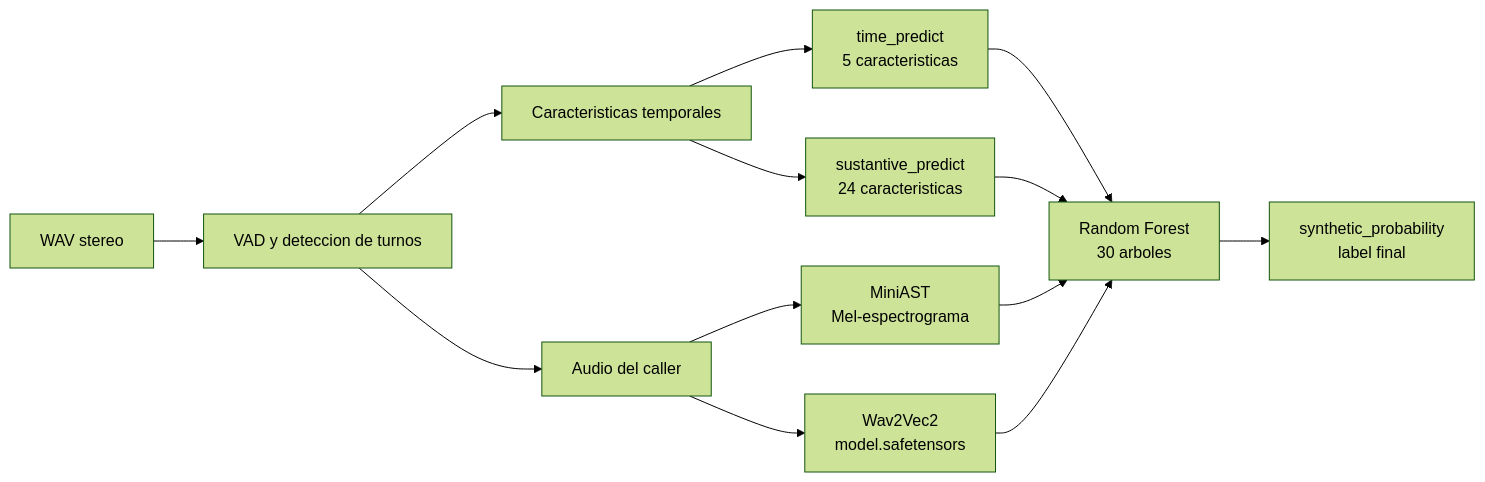
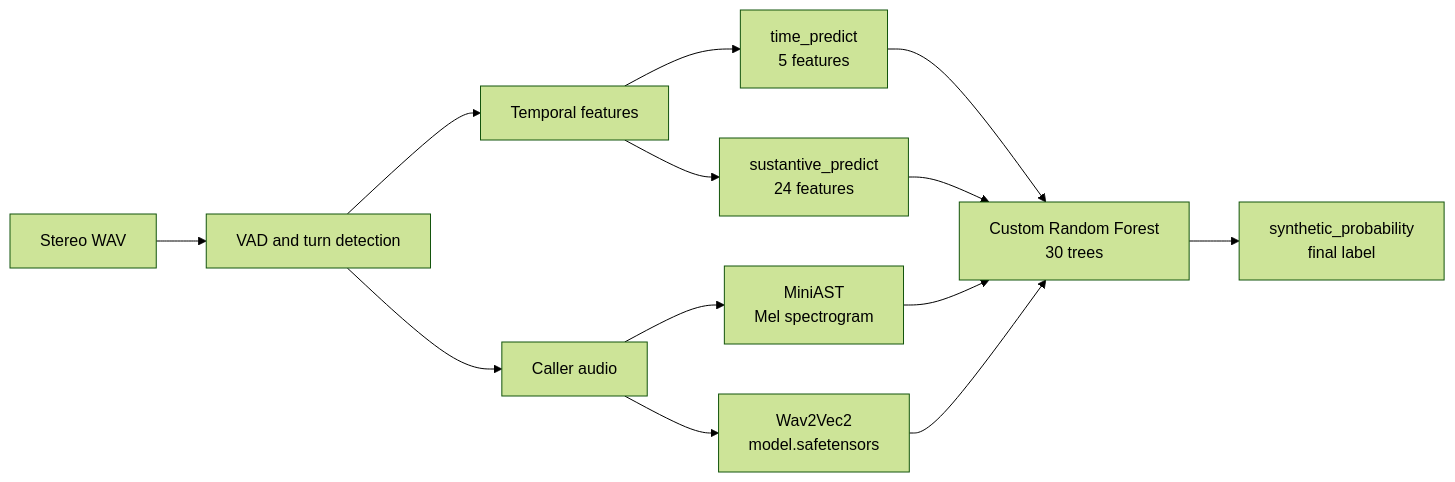
The diagram in README.md (j-ZMC/AI_OR_Human_Voice_Identifier_Neural_Network), drawn with Mermaid (forest theme) before and after one commit. The commit also changed other lines of this file, not shown here.

````diff
--- a/README.md
+++ b/README.md
@@ -50,18 +48,18 @@
 ```mermaid
 flowchart LR
-    A[WAV stereo] --> B[VAD y deteccion de turnos]
-    B --> C[Caracteristicas temporales]
-    B --> D[Audio del caller]
+    A[Stereo WAV] --> B[VAD and turn detection]
+    B --> C[Temporal features]
+    B --> D[Caller audio]
 
-    C --> E[time_predict\n5 caracteristicas]
-    C --> F[sustantive_predict\n24 caracteristicas]
+    C --> E[time_predict\n5 features]
+    C --> F[sustantive_predict\n24 features]
 
-    D --> G[MiniAST\nMel-espectrograma]
+    D --> G[MiniAST\nMel spectrogram]
     D --> H[Wav2Vec2\nmodel.safetensors]
 
-    E --> I[Random Forest\n30 arboles]
+    E --> I[Custom Random Forest\n30 trees]
     F --> I
     G --> I
     H --> I
-    I --> J[synthetic_probability\nlabel final]
+    I --> J[synthetic_probability\nfinal label]
 ```
````
